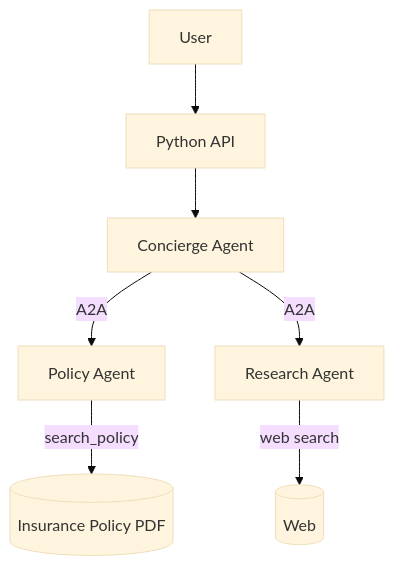
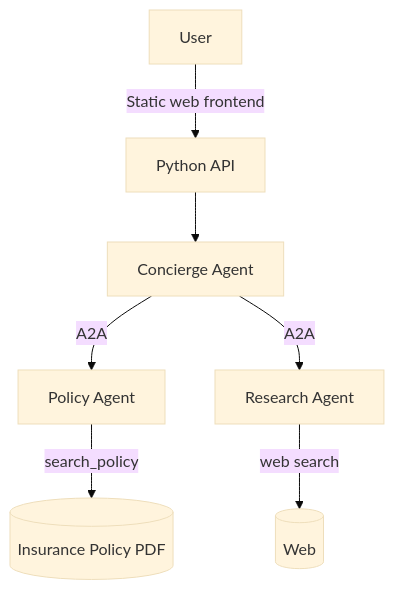
The diagram in README.md (bakarys01/agentic-lab), drawn with Mermaid (base theme) before and after one commit. The commit also changed other lines of this file and 3 other files, not shown here.

Commit message:
docs: document Agentic Lab architecture and roadmap

````diff
--- a/README.md
+++ b/README.md
@@ -18,17 +22,17 @@
 ```mermaid
 flowchart TD
     U[User]
     API[Python API]
     C[Concierge Agent]
     P[Policy Agent]
     R[Research Agent]
     PDF[(Insurance Policy PDF)]
     WEB[(Web)]
 
-    U --> API
+    U -->|Static web frontend| API
     API --> C
     C -->|A2A| P
     C -->|A2A| R
     P -->|search_policy| PDF
     R -->|web search| WEB
 ```
````
